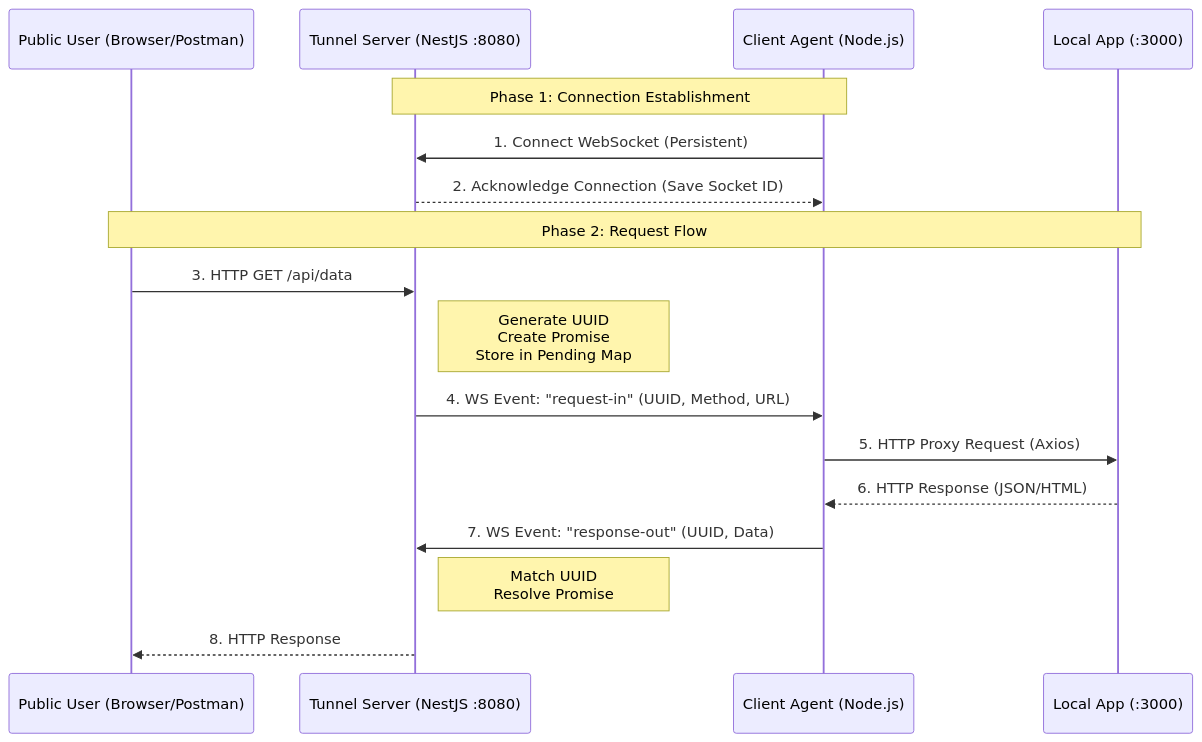
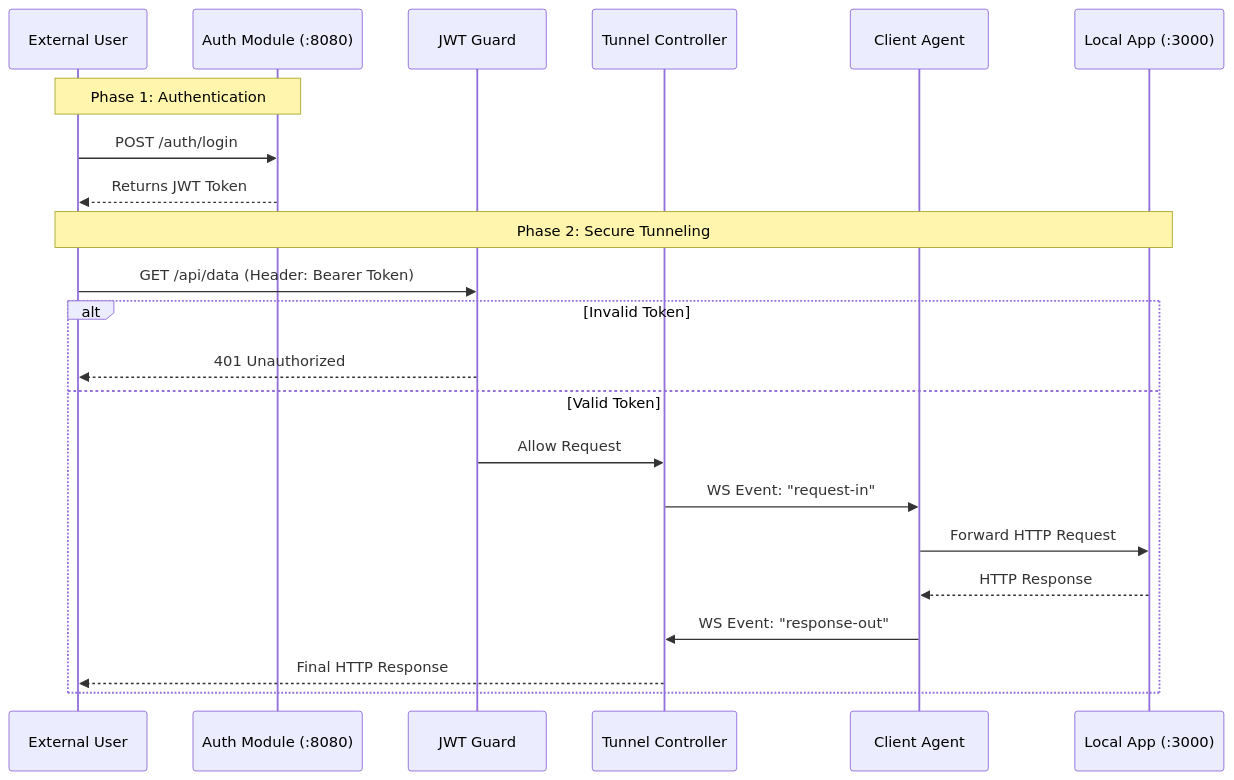
Before and after one commit to neogismm/reverse-http-tunneling-system: the diagram in README.md, drawn with Mermaid. The commit also changed other lines of this file, not shown here.

````diff
--- a/README.md
+++ b/README.md
@@ -100,25 +117,27 @@
 ```mermaid
 sequenceDiagram
-    participant PublicUser as Public User (Browser/Postman)
-    participant TunnelServer as Tunnel Server (NestJS :8080)
-    participant ClientAgent as Client Agent (Node.js)
-    participant LocalApp as Local App (:3000)
+    participant User as External User
+    participant Auth as Auth Module (:8080)
+    participant Guard as JWT Guard
+    participant Server as Tunnel Controller
+    participant Agent as Client Agent
+    participant App as Local App (:3000)
 
-    Note over ClientAgent, TunnelServer: Phase 1: Connection Establishment
-    ClientAgent->>TunnelServer: 1. Connect WebSocket (Persistent)
-    TunnelServer-->>ClientAgent: 2. Acknowledge Connection (Save Socket ID)
+    Note over User, Auth: Phase 1: Authentication
+    User->>Auth: POST /auth/login
+    Auth-->>User: Returns JWT Token
 
-    Note over PublicUser, LocalApp: Phase 2: Request Flow
-    PublicUser->>TunnelServer: 3. HTTP GET /api/data
-    Note right of TunnelServer: Generate UUID<br/>Create Promise<br/>Store in Pending Map
-
-    TunnelServer->>ClientAgent: 4. WS Event: "request-in" (UUID, Method, URL)
-
-    ClientAgent->>LocalApp: 5. HTTP Proxy Request (Axios)
-    LocalApp-->>ClientAgent: 6. HTTP Response (JSON/HTML)
-
-    ClientAgent->>TunnelServer: 7. WS Event: "response-out" (UUID, Data)
-
-    Note right of TunnelServer: Match UUID<br/>Resolve Promise
-    TunnelServer-->>PublicUser: 8. HTTP Response
+    Note over User, App: Phase 2: Secure Tunneling
+    User->>Guard: GET /api/data (Header: Bearer Token)
+    
+    alt Invalid Token
+        Guard-->>User: 401 Unauthorized
+    else Valid Token
+        Guard->>Server: Allow Request
+        Server->>Agent: WS Event: "request-in"
+        Agent->>App: Forward HTTP Request
+        App-->>Agent: HTTP Response
+        Agent->>Server: WS Event: "response-out"
+        Server-->>User: Final HTTP Response
+    end
 ```
````
